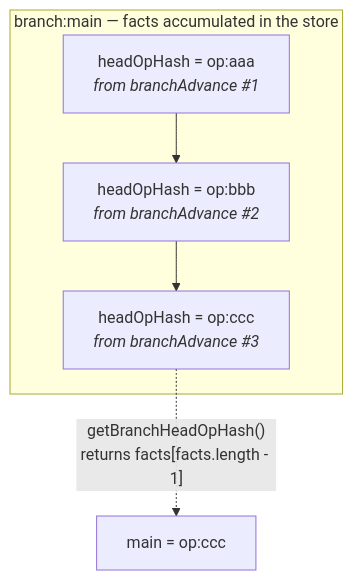
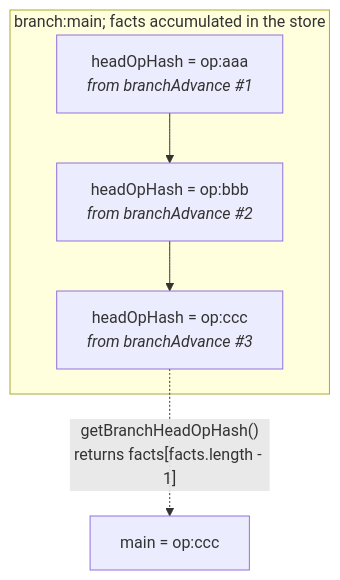
The first of 10 diagrams in docs/planning/spec-v1.1-refs-and-authz.md (trentbrew/trellis), drawn with Mermaid before and after one commit. The commit also changed other lines of this file and 218 other files, not shown here.

````diff
--- a/docs/planning/spec-v1.1-refs-and-authz.md
+++ b/docs/planning/spec-v1.1-refs-and-authz.md
@@ -28,10 +28,10 @@
 ```mermaid
 flowchart TD
-    subgraph store["branch:main — facts accumulated in the store"]
+    subgraph store["branch:main; facts accumulated in the store"]
         F1["headOpHash = op:aaa<br/><i>from branchAdvance #1</i>"]
         F2["headOpHash = op:bbb<br/><i>from branchAdvance #2</i>"]
         F3["headOpHash = op:ccc<br/><i>from branchAdvance #3</i>"]
         F1 --> F2 --> F3
     end
     F3 -.->|"getBranchHeadOpHash()<br/>returns facts[facts.length - 1]"| HEAD["main = op:ccc"]
 ```
````
